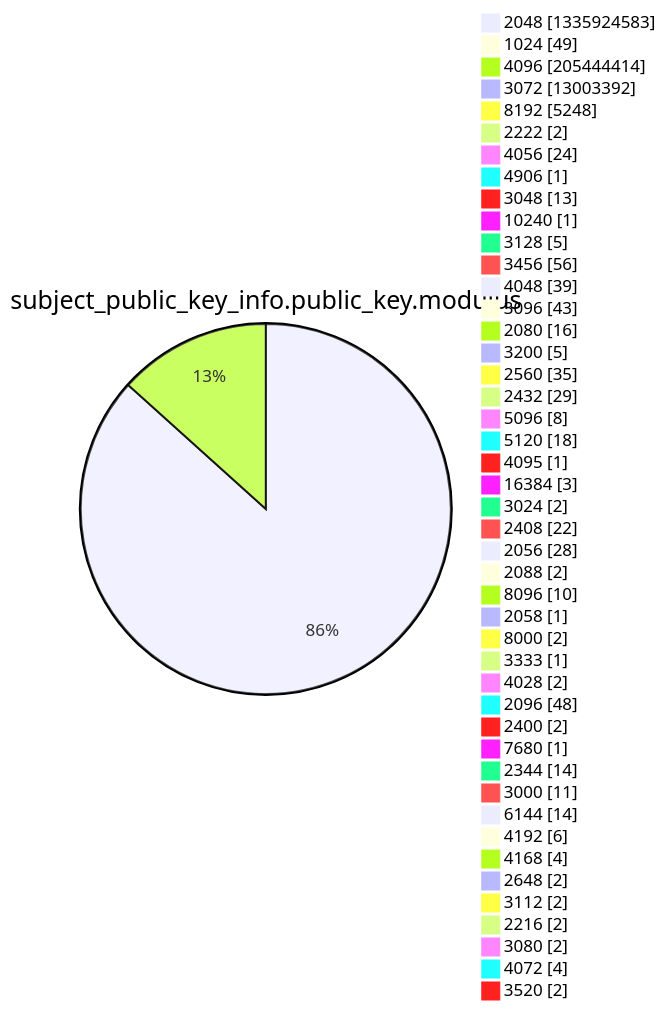
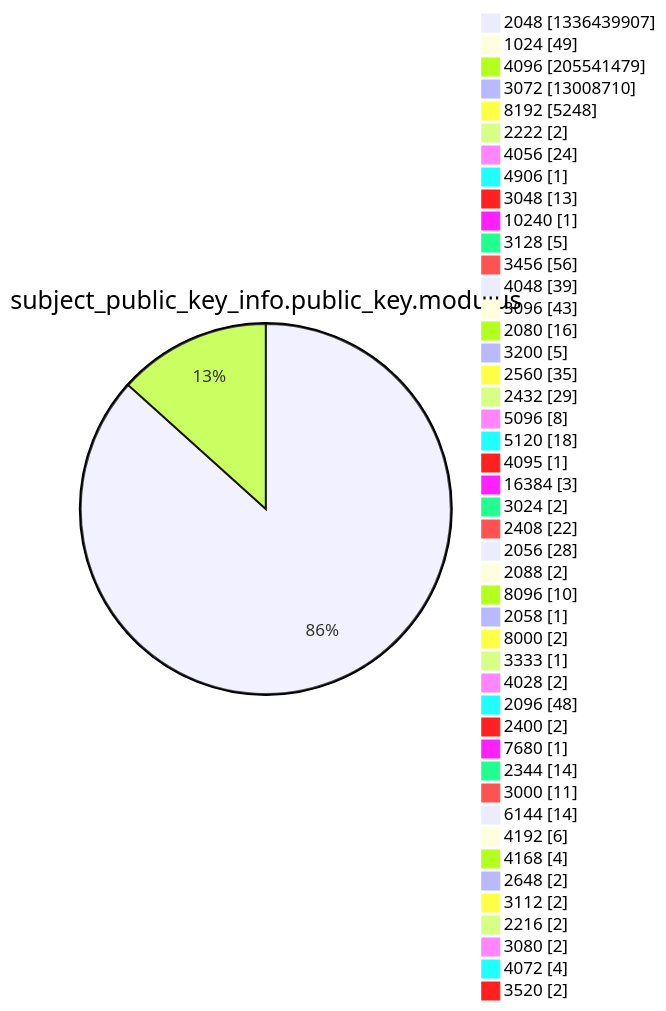
One commit to christiankrug/ctmonitor_visualization changed diagram 13 of 15 in xenon2022/README.md. Above: the diagram before and after it, drawn with Mermaid. The commit also changed other lines of this file, not shown here.

````diff
--- a/xenon2022/README.md
+++ b/xenon2022/README.md
@@ -3926,49 +3926,49 @@
 ```mermaid
 pie showData
 title subject_public_key_info.public_key.modulus
-"2048" :1335924583
+"2048" :1336439907
 "1024" :49
-"4096" :205444414
-"3072" :13003392
+"4096" :205541479
+"3072" :13008710
 "8192" :5248
 "2222" :2
 "4056" :24
 "4906" :1
 "3048" :13
 "10240" :1
 "3128" :5
 "3456" :56
 "4048" :39
 "3096" :43
 "2080" :16
 "3200" :5
 "2560" :35
 "2432" :29
 "5096" :8
 "5120" :18
 "4095" :1
 "16384" :3
 "3024" :2
 "2408" :22
 "2056" :28
 "2088" :2
 "8096" :10
 "2058" :1
 "8000" :2
 "3333" :1
 "4028" :2
 "2096" :48
 "2400" :2
 "7680" :1
 "2344" :14
 "3000" :11
 "6144" :14
 "4192" :6
 "4168" :4
 "2648" :2
 "3112" :2
 "2216" :2
 "3080" :2
 "4072" :4
 "3520" :2
 ```
````
